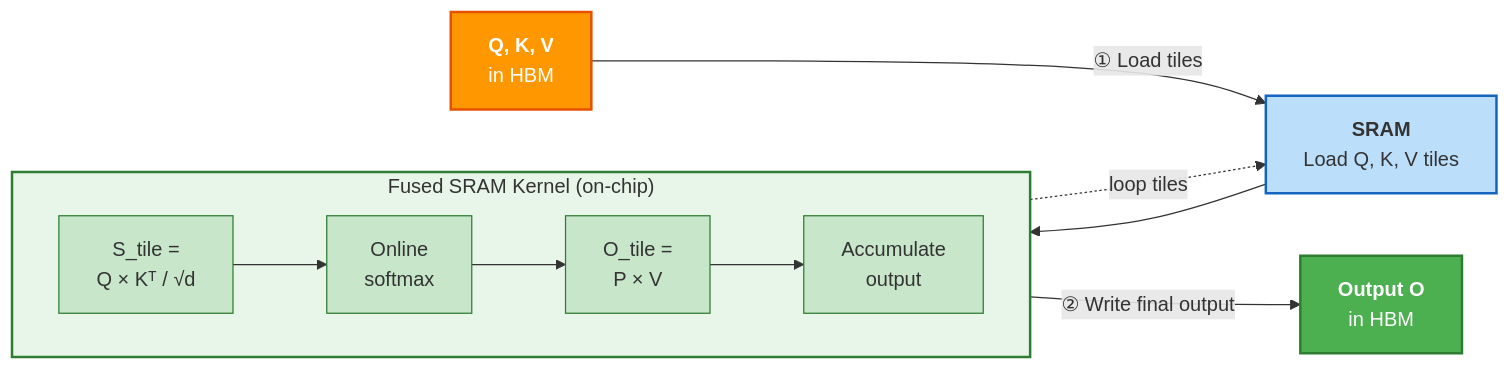
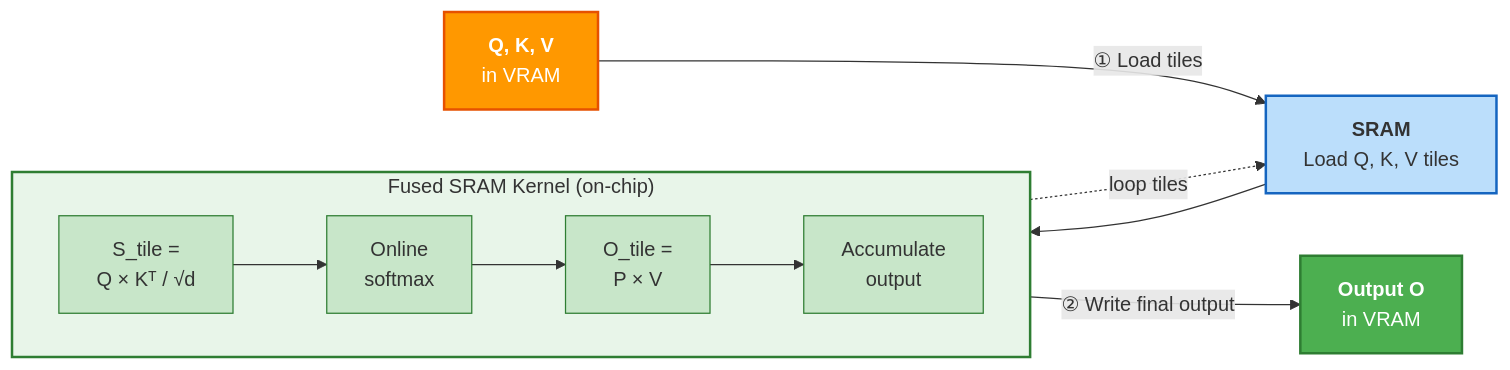
Before and after one commit to tmnestor/LMM_POC: the third of 6 diagrams in docs/standard_vs_flash_attention.md, drawn with Mermaid. The commit also changed other lines of this file, not shown here.

Commit message:
🐛 fix: replace HBM with VRAM (GDDR6X) for A10G accuracy in attention diagrams

````diff
--- a/docs/standard_vs_flash_attention.md
+++ b/docs/standard_vs_flash_attention.md
@@ -62,27 +62,27 @@
 ```mermaid
 flowchart LR
-    QKV["<b>Q, K, V</b><br/>in HBM"]
+    QKV["<b>Q, K, V</b><br/>in VRAM"]
     QKV -->|"① Load tiles"| Tile["<b>SRAM</b><br/>Load Q, K, V tiles"]
 
     subgraph FUSED["Fused SRAM Kernel (on-chip)"]
         direction LR
         S1["S_tile =<br/>Q × Kᵀ / √d"]
         S2["Online<br/>softmax"]
         S3["O_tile =<br/>P × V"]
         S4["Accumulate<br/>output"]
         S1 --> S2 --> S3 --> S4
     end
 
     Tile --> S1
     S4 -.->|"loop tiles"| Tile
-    S4 -->|"② Write final output"| Out["<b>Output O</b><br/>in HBM"]
+    S4 -->|"② Write final output"| Out["<b>Output O</b><br/>in VRAM"]
 
     style QKV fill:#FF9800,color:#fff,stroke:#E65100,stroke-width:2px
     style Out fill:#4CAF50,color:#fff,stroke:#2E7D32,stroke-width:2px
     style Tile fill:#BBDEFB,stroke:#1565C0,stroke-width:2px
     style FUSED fill:#E8F5E9,stroke:#2E7D32,stroke-width:2px
     style S1 fill:#C8E6C9,stroke:#2E7D32
     style S2 fill:#C8E6C9,stroke:#2E7D32
     style S3 fill:#C8E6C9,stroke:#2E7D32
     style S4 fill:#C8E6C9,stroke:#2E7D32
 ```
````
